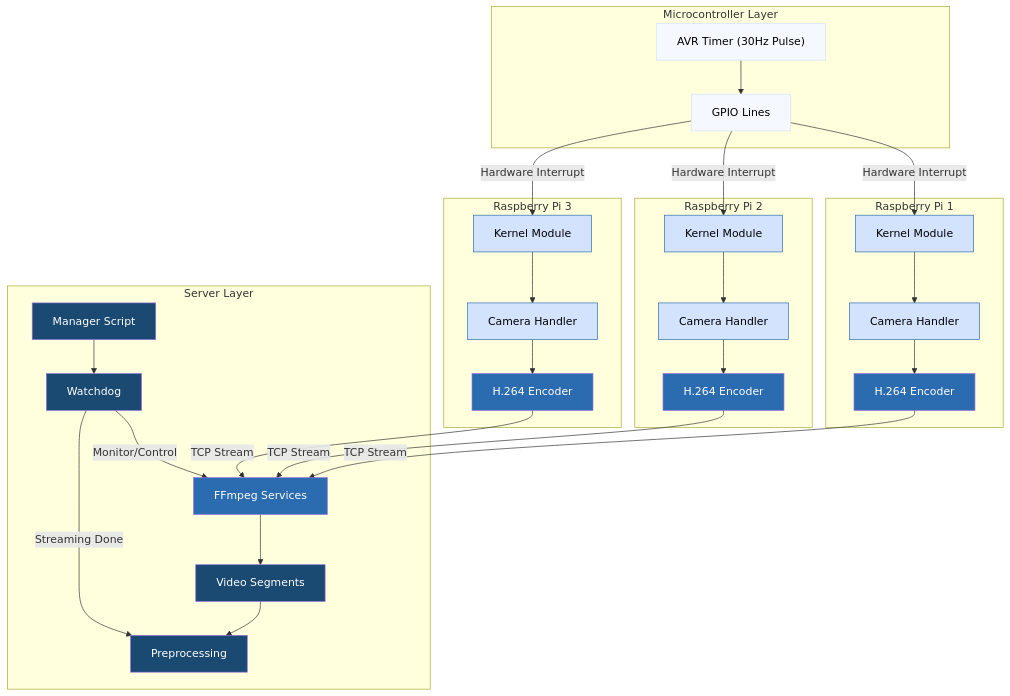
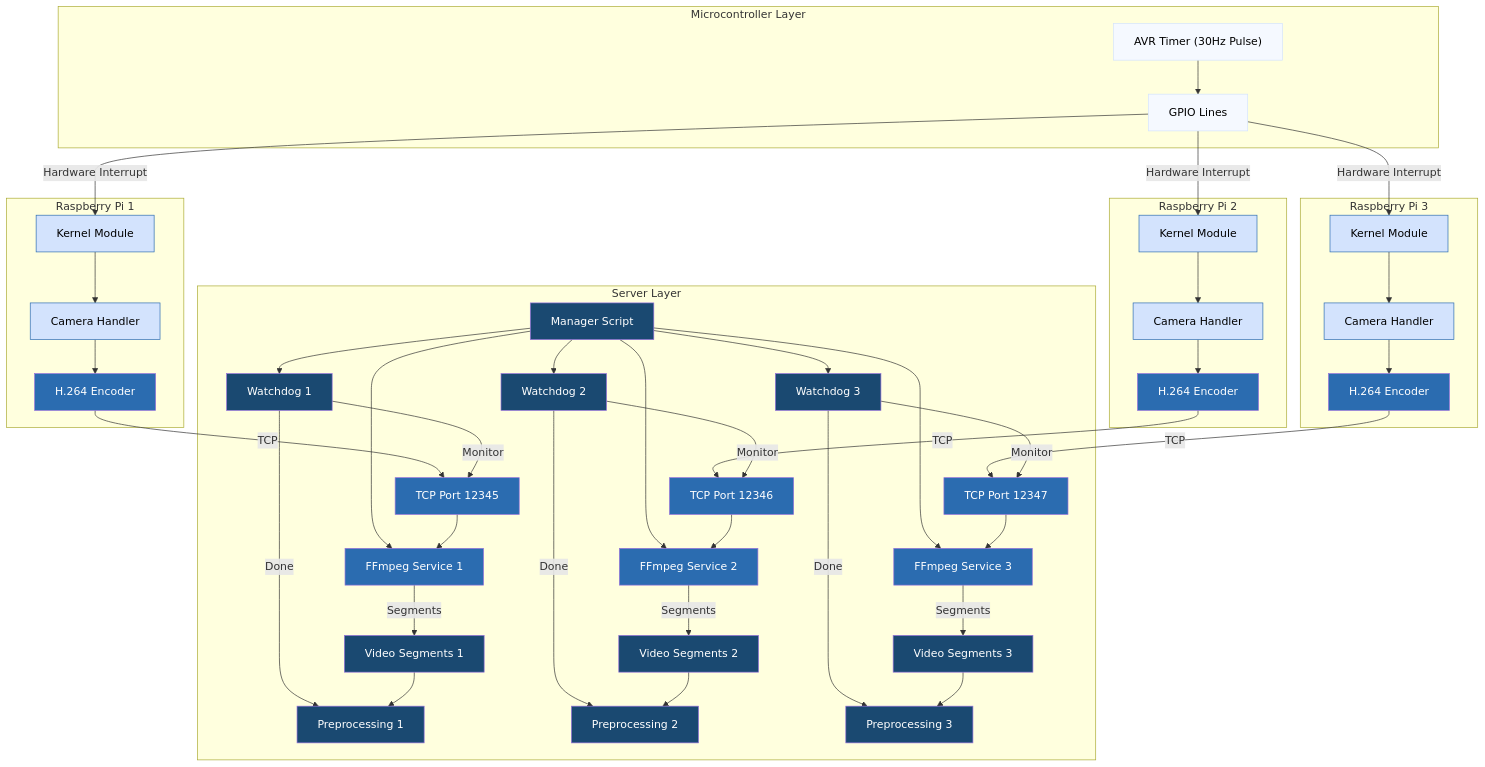
One commit to AlecFessler/mocap-toolkit changed the diagram in README.md. Above: the diagram before and after it, drawn with Mermaid. The commit also changed 4 other files, not shown here.

Commit message:
updated the server stack so there is one watchdog instance per port, and updated the architecture diagram in the readme to reflect this

````diff
--- a/README.md
+++ b/README.md
@@ -7,42 +7,62 @@
 ```mermaid
 flowchart TD
     classDef lightClass fill:#f5f9ff,color:black,stroke:#d3e3fd
     classDef medClass fill:#d3e3fd,color:black,stroke:#2b6cb0
     classDef darkClass fill:#2b6cb0,color:white
     classDef serverClass fill:#1a4971,color:white
 
     subgraph MCU["Microcontroller Layer"]
         AVR["AVR Timer (30Hz Pulse)"]
         GPIO["GPIO Lines"]
         AVR --> GPIO
     end
 
     GPIO --> |"Hardware Interrupt"| KM1 & KM2 & KM3
 
     subgraph RPi1["Raspberry Pi 1"]
         KM1["Kernel Module"] --> Cap1["Camera Handler"] --> Enc1["H.264 Encoder"]
     end
 
     subgraph RPi2["Raspberry Pi 2"]
         KM2["Kernel Module"] --> Cap2["Camera Handler"] --> Enc2["H.264 Encoder"]
     end
 
     subgraph RPi3["Raspberry Pi 3"]
         KM3["Kernel Module"] --> Cap3["Camera Handler"] --> Enc3["H.264 Encoder"]
     end
 
-    Enc1 & Enc2 & Enc3 --> |"TCP Stream"| FF
+    subgraph Server["Server Layer"]
+        Mgr["Manager Script"]
+        Mgr --> FF1["FFmpeg Service 1"] & FF2["FFmpeg Service 2"] & FF3["FFmpeg Service 3"]
+        Mgr --> WD1["Watchdog 1"] & WD2["Watchdog 2"] & WD3["Watchdog 3"]
 
-    subgraph Server["Server Layer"]
-        FF["FFmpeg Services"] --> Segments["Video Segments"]
-        Mgr["Manager Script"] --> WD["Watchdog"]
-        WD --> |"Monitor/Control"| FF
-        WD --> |"Streaming Done"| Pre["Preprocessing"]
-        Segments --> Pre
+        Enc1 --> |"TCP"| TCP1["TCP Port 12345"]
+        Enc2 --> |"TCP"| TCP2["TCP Port 12346"]
+        Enc3 --> |"TCP"| TCP3["TCP Port 12347"]
+
+        TCP1 --> FF1
+        TCP2 --> FF2
+        TCP3 --> FF3
+
+        FF1 --> |"Segments"| Seg1["Video Segments 1"]
+        FF2 --> |"Segments"| Seg2["Video Segments 2"]
+        FF3 --> |"Segments"| Seg3["Video Segments 3"]
+
+        WD1 --> |"Monitor"| TCP1
+        WD2 --> |"Monitor"| TCP2
+        WD3 --> |"Monitor"| TCP3
+
+        WD1 --> |"Done"| Pre1["Preprocessing 1"]
+        WD2 --> |"Done"| Pre2["Preprocessing 2"]
+        WD3 --> |"Done"| Pre3["Preprocessing 3"]
+
+        Seg1 --> Pre1
+        Seg2 --> Pre2
+        Seg3 --> Pre3
     end
 
     class AVR,GPIO lightClass
     class KM1,KM2,KM3,Cap1,Cap2,Cap3 medClass
-    class Enc1,Enc2,Enc3,FF darkClass
-    class Mgr,WD,Pre,Segments serverClass
+    class Enc1,Enc2,Enc3,FF1,FF2,FF3,TCP1,TCP2,TCP3 darkClass
+    class Mgr,WD1,WD2,WD3,Pre1,Pre2,Pre3,Seg1,Seg2,Seg3 serverClass
 ```
````
